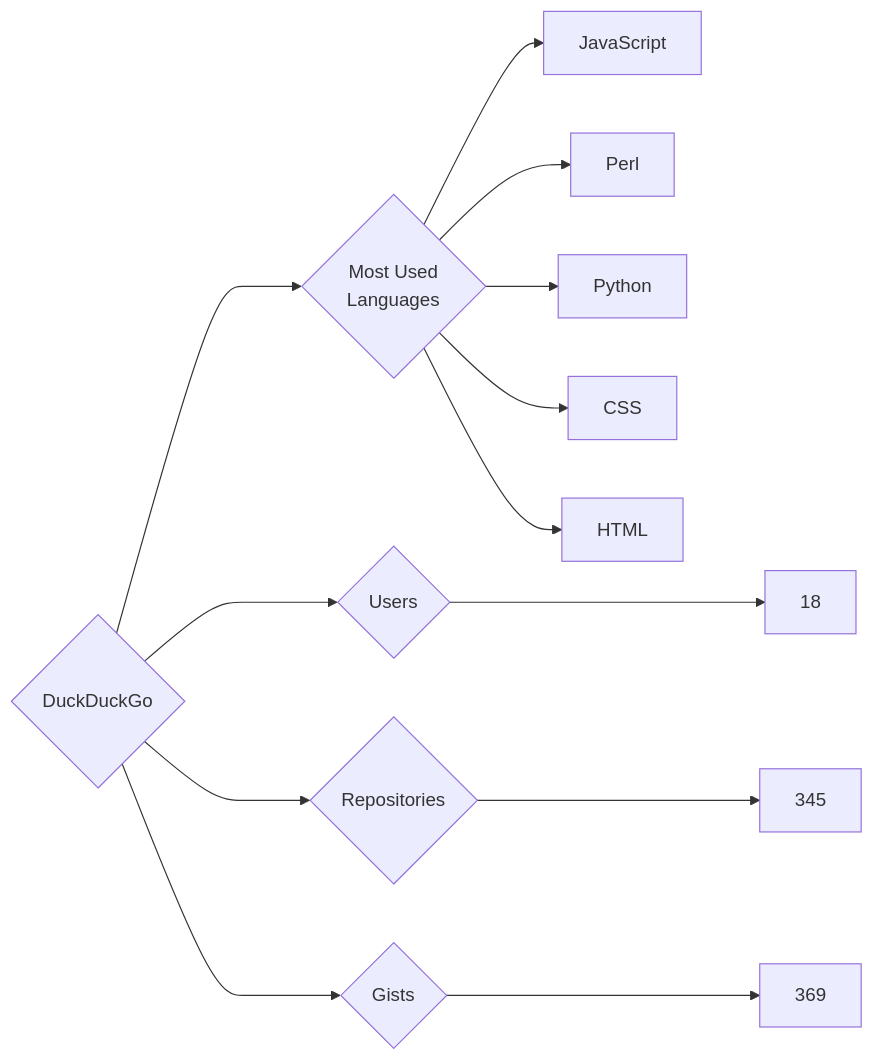
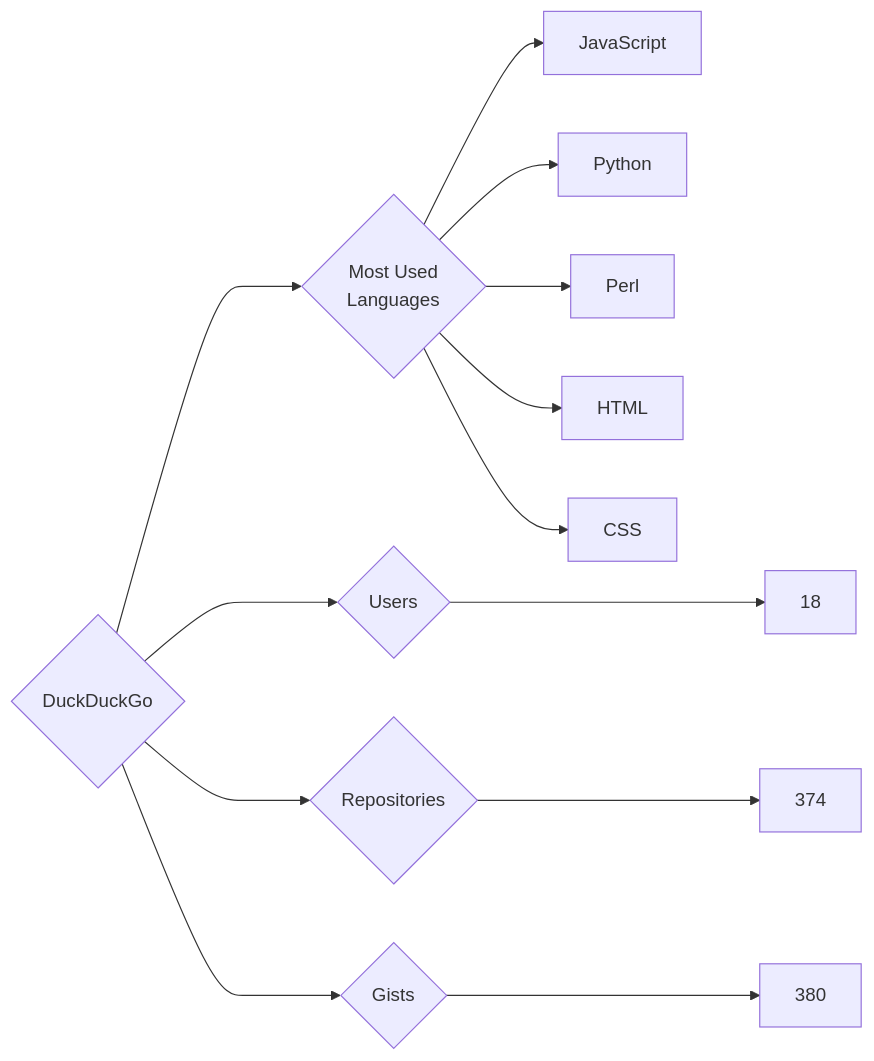
The diagram in targets/DuckDuckGo/README.md (trickest/insiders), drawn with Mermaid before and after one commit. The commit also changed 912 other files, not shown here.

````diff
--- a/targets/DuckDuckGo/README.md
+++ b/targets/DuckDuckGo/README.md
@@ -3,13 +3,13 @@
 ```mermaid
 graph LR
 COMPANY_NAME{DuckDuckGo}
 COMPANY_NAME ---> U{Users} ---> UN[18]
-COMPANY_NAME ---> R{Repositories} ---> RN[345]
-COMPANY_NAME ---> G{Gists} ---> GN[369]
+COMPANY_NAME ---> R{Repositories} ---> RN[374]
+COMPANY_NAME ---> G{Gists} ---> GN[380]
 COMPANY_NAME ---> ML{Most Used<br>Languages}
 ML --> JavaScript[JavaScript]
+ML --> Python[Python]
 ML --> Perl[Perl]
-ML --> Python[Python]
+ML --> HTML[HTML]
 ML --> CSS[CSS]
-ML --> HTML[HTML]
 ```
````
